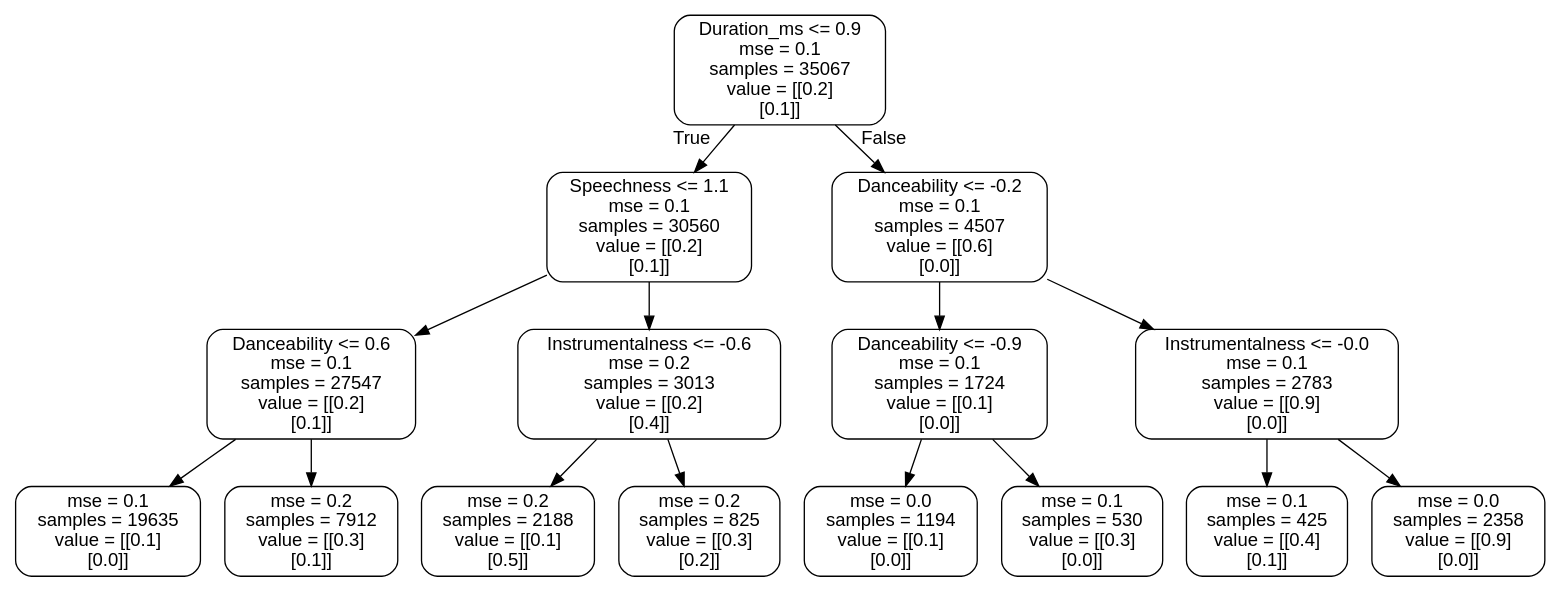
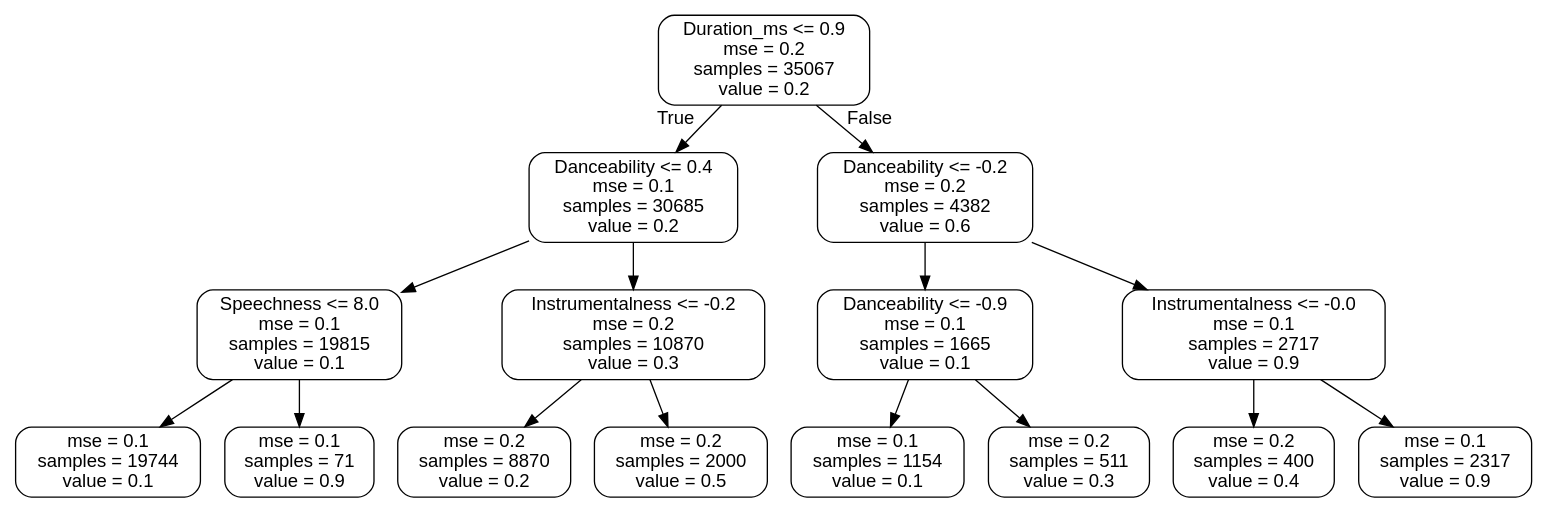
Before and after one commit to EmSchoof/Capstone-Project-2: the diagram in small_tree.dot, drawn with Graphviz. The commit also changed 5 other files, not shown here.

```diff
--- a/small_tree.dot
+++ b/small_tree.dot
@@ -1,33 +1,33 @@
 digraph Tree {
 node [shape=box, style="rounded", color="black", fontname=helvetica] ;
 edge [fontname=helvetica] ;
-0 [label="Duration_ms <= 0.9\nmse = 0.1\nsamples = 35067\nvalue = [[0.2]\n[0.1]]"] ;
-1 [label="Speechness <= 1.1\nmse = 0.1\nsamples = 30560\nvalue = [[0.2]\n[0.1]]"] ;
+0 [label="Duration_ms <= 0.9\nmse = 0.2\nsamples = 35067\nvalue = 0.2"] ;
+1 [label="Danceability <= 0.4\nmse = 0.1\nsamples = 30685\nvalue = 0.2"] ;
 0 -> 1 [labeldistance=2.5, labelangle=45, headlabel="True"] ;
-2 [label="Danceability <= 0.6\nmse = 0.1\nsamples = 27547\nvalue = [[0.2]\n[0.1]]"] ;
+2 [label="Speechness <= 8.0\nmse = 0.1\nsamples = 19815\nvalue = 0.1"] ;
 1 -> 2 ;
-3 [label="mse = 0.1\nsamples = 19635\nvalue = [[0.1]\n[0.0]]"] ;
+3 [label="mse = 0.1\nsamples = 19744\nvalue = 0.1"] ;
 2 -> 3 ;
-4 [label="mse = 0.2\nsamples = 7912\nvalue = [[0.3]\n[0.1]]"] ;
+4 [label="mse = 0.1\nsamples = 71\nvalue = 0.9"] ;
 2 -> 4 ;
-5 [label="Instrumentalness <= -0.6\nmse = 0.2\nsamples = 3013\nvalue = [[0.2]\n[0.4]]"] ;
+5 [label="Instrumentalness <= -0.2\nmse = 0.2\nsamples = 10870\nvalue = 0.3"] ;
 1 -> 5 ;
-6 [label="mse = 0.2\nsamples = 2188\nvalue = [[0.1]\n[0.5]]"] ;
+6 [label="mse = 0.2\nsamples = 8870\nvalue = 0.2"] ;
 5 -> 6 ;
-7 [label="mse = 0.2\nsamples = 825\nvalue = [[0.3]\n[0.2]]"] ;
+7 [label="mse = 0.2\nsamples = 2000\nvalue = 0.5"] ;
 5 -> 7 ;
-8 [label="Danceability <= -0.2\nmse = 0.1\nsamples = 4507\nvalue = [[0.6]\n[0.0]]"] ;
+8 [label="Danceability <= -0.2\nmse = 0.2\nsamples = 4382\nvalue = 0.6"] ;
 0 -> 8 [labeldistance=2.5, labelangle=-45, headlabel="False"] ;
-9 [label="Danceability <= -0.9\nmse = 0.1\nsamples = 1724\nvalue = [[0.1]\n[0.0]]"] ;
+9 [label="Danceability <= -0.9\nmse = 0.1\nsamples = 1665\nvalue = 0.1"] ;
 8 -> 9 ;
-10 [label="mse = 0.0\nsamples = 1194\nvalue = [[0.1]\n[0.0]]"] ;
+10 [label="mse = 0.1\nsamples = 1154\nvalue = 0.1"] ;
 9 -> 10 ;
-11 [label="mse = 0.1\nsamples = 530\nvalue = [[0.3]\n[0.0]]"] ;
+11 [label="mse = 0.2\nsamples = 511\nvalue = 0.3"] ;
 9 -> 11 ;
-12 [label="Instrumentalness <= -0.0\nmse = 0.1\nsamples = 2783\nvalue = [[0.9]\n[0.0]]"] ;
+12 [label="Instrumentalness <= -0.0\nmse = 0.1\nsamples = 2717\nvalue = 0.9"] ;
 8 -> 12 ;
-13 [label="mse = 0.1\nsamples = 425\nvalue = [[0.4]\n[0.1]]"] ;
+13 [label="mse = 0.2\nsamples = 400\nvalue = 0.4"] ;
 12 -> 13 ;
-14 [label="mse = 0.0\nsamples = 2358\nvalue = [[0.9]\n[0.0]]"] ;
+14 [label="mse = 0.1\nsamples = 2317\nvalue = 0.9"] ;
 12 -> 14 ;
 }
```
